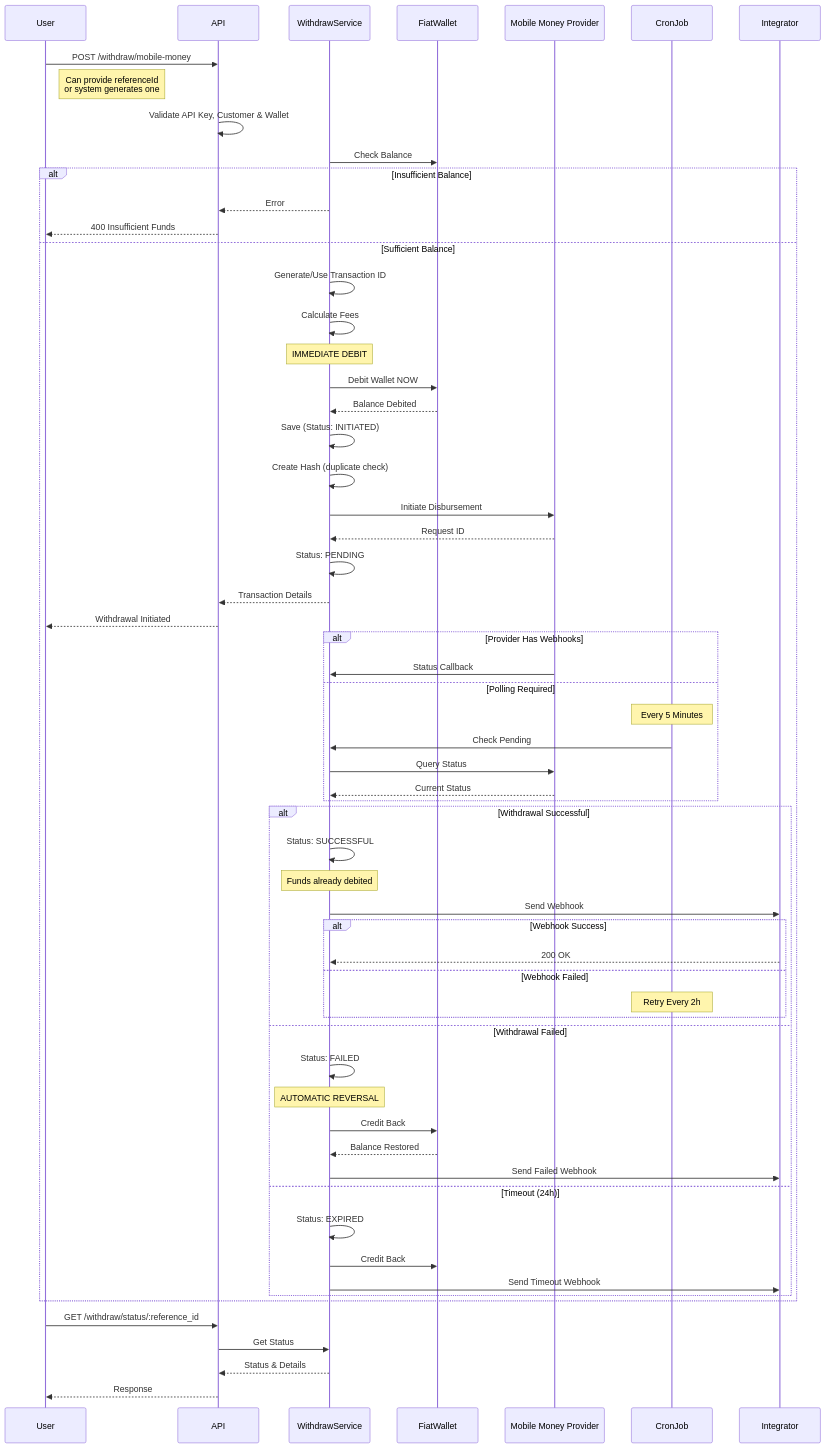
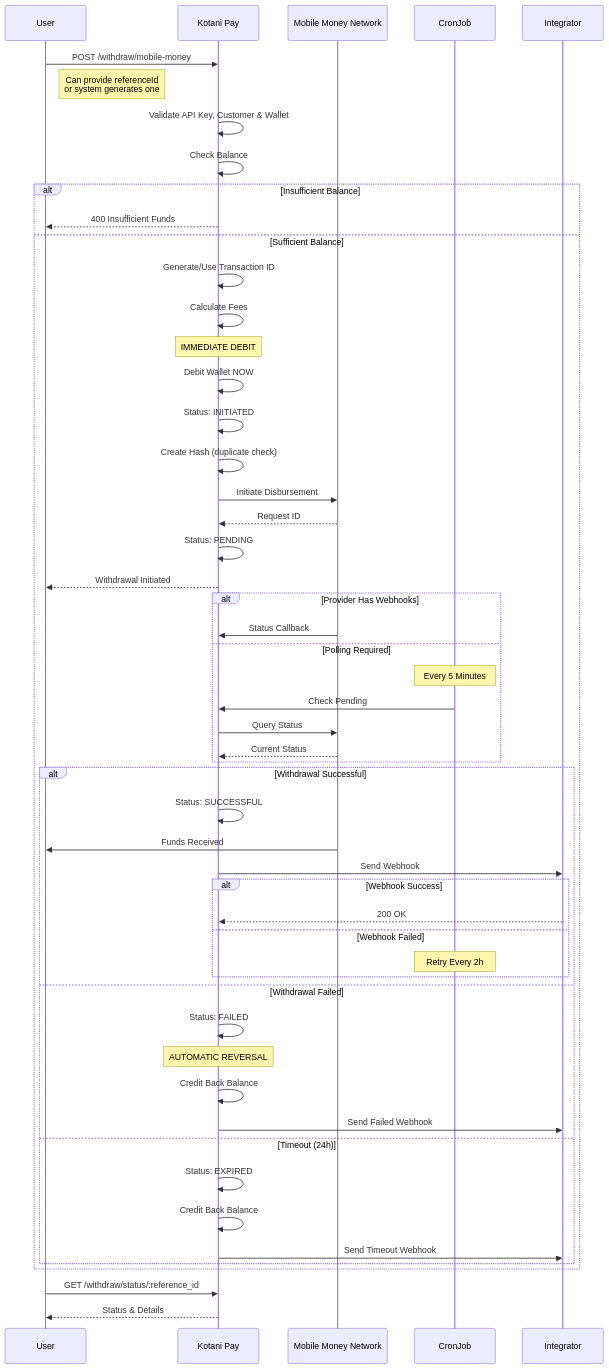
One commit to john-muinde/docs changed the first of 4 diagrams in v3/flows/withdrawal-flow.mdx. Above: the diagram before and after it, drawn with Mermaid. The commit also changed other lines of this file and 5 other files, not shown here.

````diff
--- a/v3/flows/withdrawal-flow.mdx
+++ b/v3/flows/withdrawal-flow.mdx
@@ -8,76 +10,67 @@
 ```mermaid
 sequenceDiagram
     participant User
-    participant API
-    participant WithdrawService
-    participant FiatWallet
-    participant Provider as Mobile Money Provider
+    participant Kotani Pay
+    participant MNO as Mobile Money Network
     participant CronJob
     participant Integrator
 
-    User->>API: POST /withdraw/mobile-money
+    User->>Kotani Pay: POST /withdraw/mobile-money
     Note right of User: Can provide referenceId<br/>or system generates one
-    API->>API: Validate API Key, Customer & Wallet
+    Kotani Pay->>Kotani Pay: Validate API Key, Customer & Wallet
+    Kotani Pay->>Kotani Pay: Check Balance
 
-    WithdrawService->>FiatWallet: Check Balance
     alt Insufficient Balance
-        WithdrawService-->>API: Error
-        API-->>User: 400 Insufficient Funds
+        Kotani Pay-->>User: 400 Insufficient Funds
     else Sufficient Balance
-        WithdrawService->>WithdrawService: Generate/Use Transaction ID
-        WithdrawService->>WithdrawService: Calculate Fees
+        Kotani Pay->>Kotani Pay: Generate/Use Transaction ID
+        Kotani Pay->>Kotani Pay: Calculate Fees
 
-        Note over WithdrawService: IMMEDIATE DEBIT
-        WithdrawService->>FiatWallet: Debit Wallet NOW
-        FiatWallet-->>WithdrawService: Balance Debited
+        Note over Kotani Pay: IMMEDIATE DEBIT
+        Kotani Pay->>Kotani Pay: Debit Wallet NOW
+        Kotani Pay->>Kotani Pay: Status: INITIATED
+        Kotani Pay->>Kotani Pay: Create Hash (duplicate check)
 
-        WithdrawService->>WithdrawService: Save (Status: INITIATED)
-        WithdrawService->>WithdrawService: Create Hash (duplicate check)
-
-        WithdrawService->>Provider: Initiate Disbursement
-        Provider-->>WithdrawService: Request ID
-        WithdrawService->>WithdrawService: Status: PENDING
-        WithdrawService-->>API: Transaction Details
-        API-->>User: Withdrawal Initiated
+        Kotani Pay->>MNO: Initiate Disbursement
+        MNO-->>Kotani Pay: Request ID
+        Kotani Pay->>Kotani Pay: Status: PENDING
+        Kotani Pay-->>User: Withdrawal Initiated
 
         alt Provider Has Webhooks
-            Provider->>WithdrawService: Status Callback
+            MNO->>Kotani Pay: Status Callback
         else Polling Required
             Note over CronJob: Every 5 Minutes
-            CronJob->>WithdrawService: Check Pending
-            WithdrawService->>Provider: Query Status
-            Provider-->>WithdrawService: Current Status
+            CronJob->>Kotani Pay: Check Pending
+            Kotani Pay->>MNO: Query Status
+            MNO-->>Kotani Pay: Current Status
         end
 
         alt Withdrawal Successful
-            WithdrawService->>WithdrawService: Status: SUCCESSFUL
-            Note over WithdrawService: Funds already debited
+            Kotani Pay->>Kotani Pay: Status: SUCCESSFUL
+            MNO->>User: Funds Received
 
-            WithdrawService->>Integrator: Send Webhook
+            Kotani Pay->>Integrator: Send Webhook
             alt Webhook Success
-                Integrator-->>WithdrawService: 200 OK
+                Integrator-->>Kotani Pay: 200 OK
             else Webhook Failed
                 Note over CronJob: Retry Every 2h
             end
 
         else Withdrawal Failed
-            WithdrawService->>WithdrawService: Status: FAILED
+            Kotani Pay->>Kotani Pay: Status: FAILED
 
-            Note over WithdrawService: AUTOMATIC REVERSAL
-            WithdrawService->>FiatWallet: Credit Back
-            FiatWallet-->>WithdrawService: Balance Restored
+            Note over Kotani Pay: AUTOMATIC REVERSAL
+            Kotani Pay->>Kotani Pay: Credit Back Balance
 
-            WithdrawService->>Integrator: Send Failed Webhook
+            Kotani Pay->>Integrator: Send Failed Webhook
 
         else Timeout (24h)
-            WithdrawService->>WithdrawService: Status: EXPIRED
-            WithdrawService->>FiatWallet: Credit Back
-            WithdrawService->>Integrator: Send Timeout Webhook
+            Kotani Pay->>Kotani Pay: Status: EXPIRED
+            Kotani Pay->>Kotani Pay: Credit Back Balance
+            Kotani Pay->>Integrator: Send Timeout Webhook
         end
     end
 
-    User->>API: GET /withdraw/status/:reference_id
-    API->>WithdrawService: Get Status
-    WithdrawService-->>API: Status & Details
-    API-->>User: Response
+    User->>Kotani Pay: GET /withdraw/status/:reference_id
+    Kotani Pay-->>User: Status & Details
 ```
````
